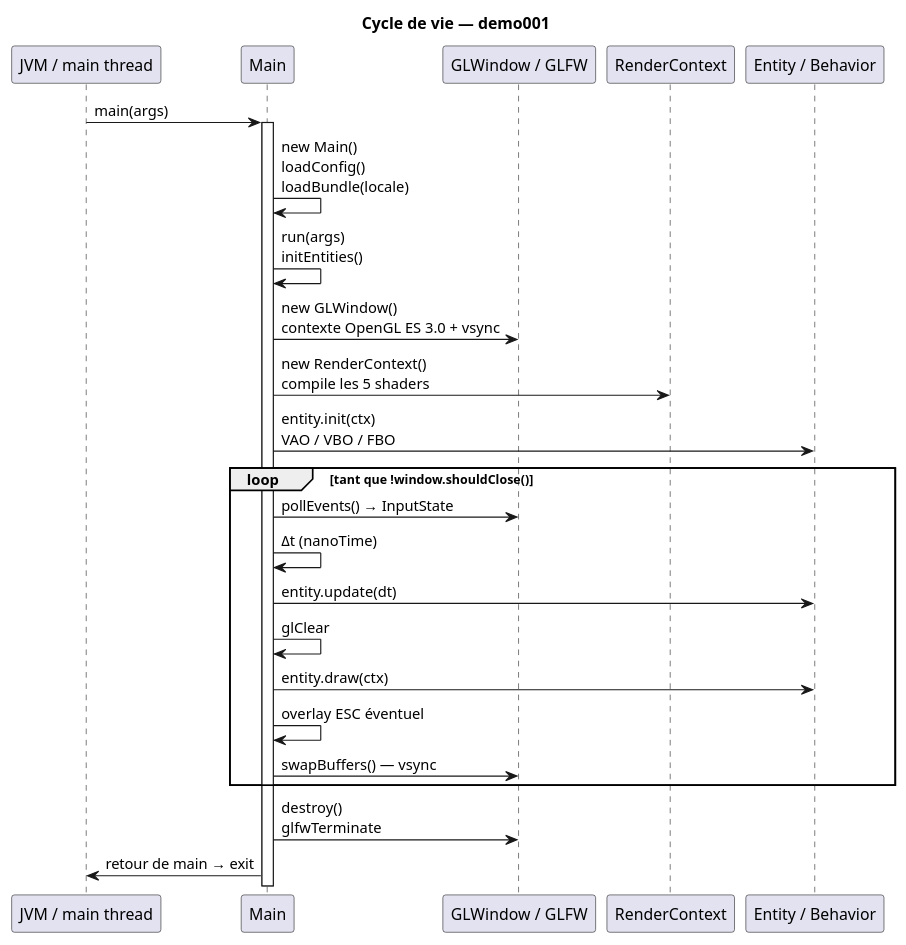
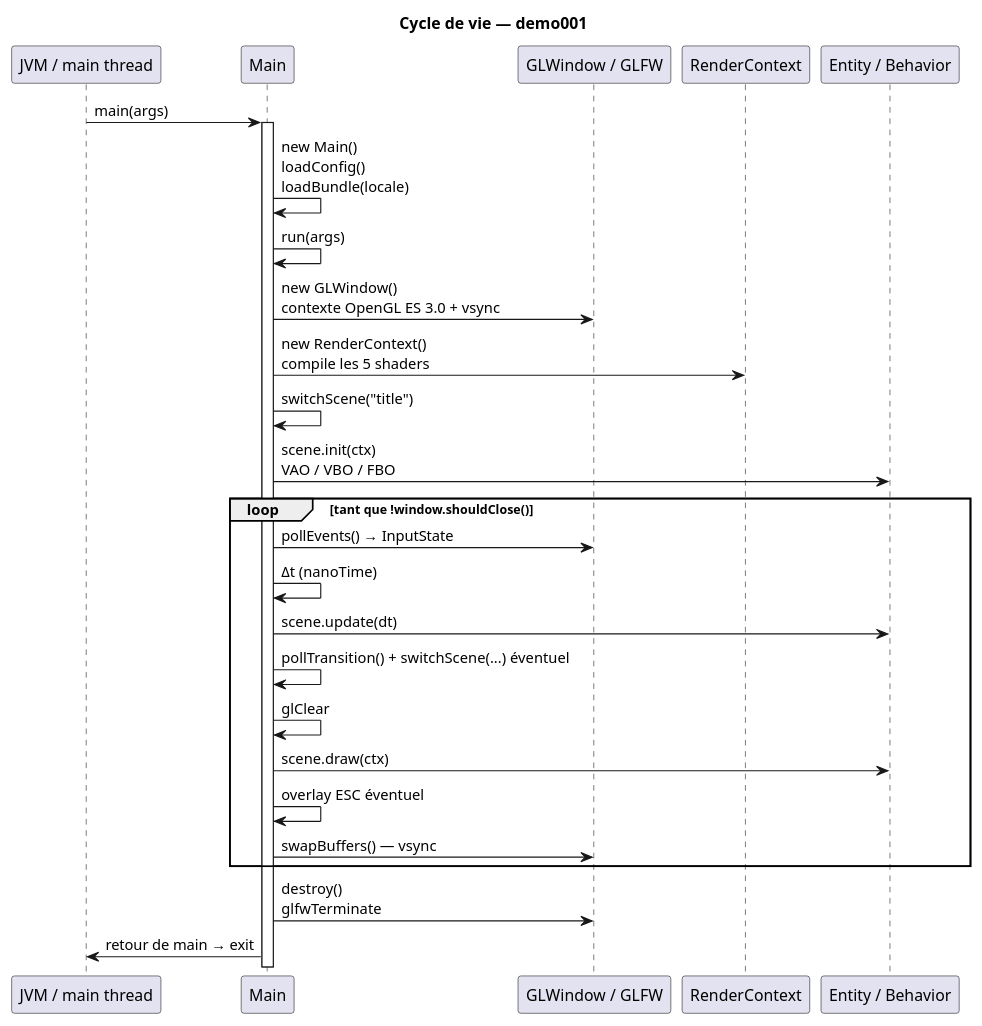
One commit to mcgivrer/demo001-arm64 changed the second of 3 diagrams in src/docs/01-architecture.md. Above: the diagram before and after it, drawn with PlantUML. The commit also changed other lines of this file and 17 other files, not shown here.

````diff
--- a/src/docs/01-architecture.md
+++ b/src/docs/01-architecture.md
@@ -137,32 +196,34 @@
 ```plantuml
 @startuml
 title Cycle de vie — demo001
 
 participant "JVM / main thread" as JVM
 participant "Main" as M
 participant "GLWindow / GLFW" as W
 participant "RenderContext" as C
 participant "Entity / Behavior" as E
 
 JVM -> M : main(args)
 activate M
 M -> M : new Main()\nloadConfig()\nloadBundle(locale)
-M -> M : run(args)\ninitEntities()
+M -> M : run(args)
 M -> W : new GLWindow()\ncontexte OpenGL ES 3.0 + vsync
 M -> C : new RenderContext()\ncompile les 5 shaders
-M -> E : entity.init(ctx)\nVAO / VBO / FBO
+M -> M : switchScene("title")
+M -> E : scene.init(ctx)\nVAO / VBO / FBO
 
 loop tant que !window.shouldClose()
     M -> W : pollEvents() → InputState
     M -> M : Δt (nanoTime)
-    M -> E : entity.update(dt)
+    M -> E : scene.update(dt)
+    M -> M : pollTransition() + switchScene(...) éventuel
     M -> M : glClear
-    M -> E : entity.draw(ctx)
+    M -> E : scene.draw(ctx)
     M -> M : overlay ESC éventuel
     M -> W : swapBuffers() — vsync
 end
 
 M -> W : destroy()\nglfwTerminate
 M -> JVM : retour de main → exit
 @enduml
 ```
````
